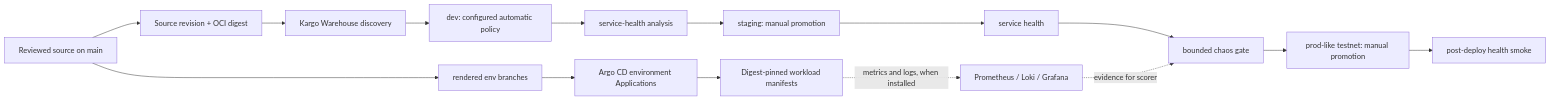
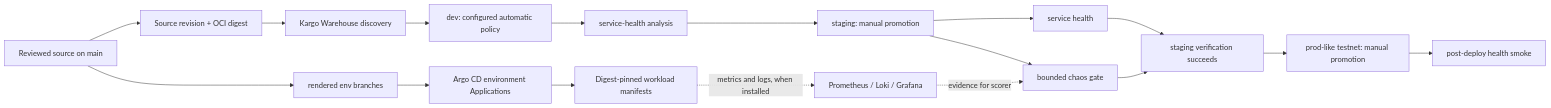
One commit to devSatym/resilience-gate changed the diagram in docs/kubernetes-architecture.md. Above: the diagram before and after it, drawn with Mermaid. The commit also changed other lines of this file and 67 other files, not shown here.

````diff
--- a/docs/kubernetes-architecture.md
+++ b/docs/kubernetes-architecture.md
@@ -113,19 +128,21 @@
 ```mermaid
 flowchart LR
   source[Reviewed source on main] --> identity[Source revision + OCI digest]
   identity --> warehouse[Kargo Warehouse discovery]
   warehouse --> dev[dev: configured automatic policy]
   dev --> devhealth[service-health analysis]
   devhealth --> staging[staging: manual promotion]
   staging --> stghealth[service health]
-  stghealth --> gate[bounded chaos gate]
-  gate --> prod[prod-like testnet: manual promotion]
+  staging --> gate[bounded chaos gate]
+  stghealth --> verified[staging verification succeeds]
+  gate --> verified
+  verified --> prod[prod-like testnet: manual promotion]
   prod --> smoke[post-deploy health smoke]
 
   source --> render[rendered env branches]
   render --> argo[Argo CD environment Applications]
   argo --> workload[Digest-pinned workload manifests]
 
   workload -. metrics and logs, when installed .-> observe[Prometheus / Loki / Grafana]
   observe -. evidence for scorer .-> gate
 ```
````
